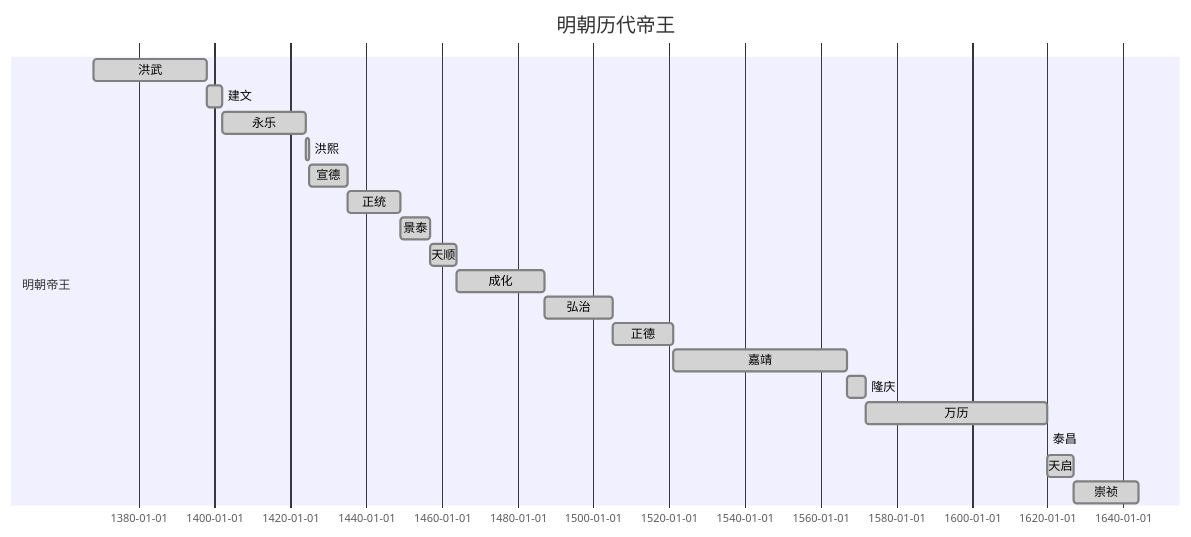
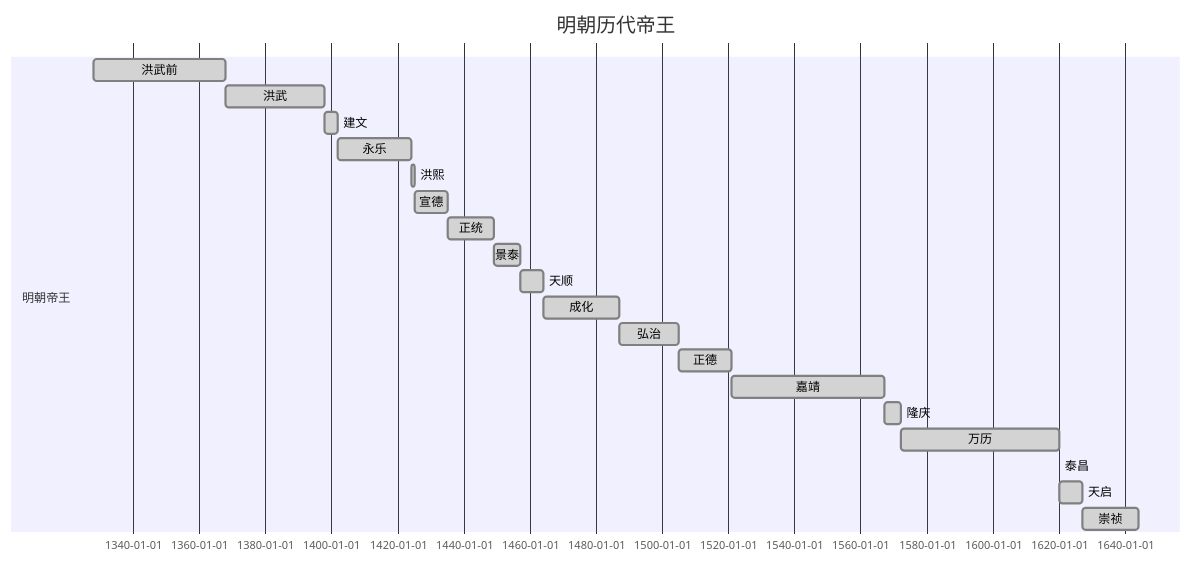
The first of 2 diagrams in NoteList.md (pemglee/HistoryNotes), drawn with Mermaid before and after one commit. The commit also changed other lines of this file, not shown here.

````diff
--- a/NoteList.md
+++ b/NoteList.md
@@ -15,24 +15,25 @@
 ```mermaid
 gantt
 dateformat YYYY
 title 明朝历代帝王
 
 section 明朝帝王
+洪武前: done, 朱元璋, 1328, 1368
 洪武: done, 朱元璋, 1368, 1398
 建文: done, 朱允炆, 1398, 1402
 永乐: done, 朱棣, 1402, 1424
 洪熙: done, 朱高炽, 1424, 1425
 宣德: done, 朱瞻基, 1425, 1435
 正统: done, 朱祁镇, 1435, 1449
 景泰: done, 朱祁钰, 1449, 1457
 天顺: done, 朱祁镇, 1457, 1464
 成化: done, 朱见深, 1464, 1487
 弘治: done, 朱祐樘, 1487, 1505
 正德: done, 朱厚照, 1505, 1521
 嘉靖: done, 朱厚熜, 1521, 1567
 隆庆: done, 朱载坖, 1567, 1572
 万历: done, 朱翊钧, 1572, 1620
 泰昌: done, 朱常洛, 1620, 1620
 天启: done, 朱由校, 1620, 1627
 崇祯: done, 朱由检, 1627, 1644
 ```
````
